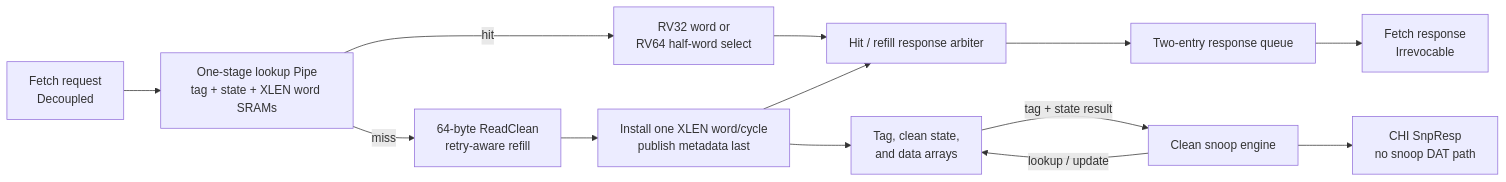
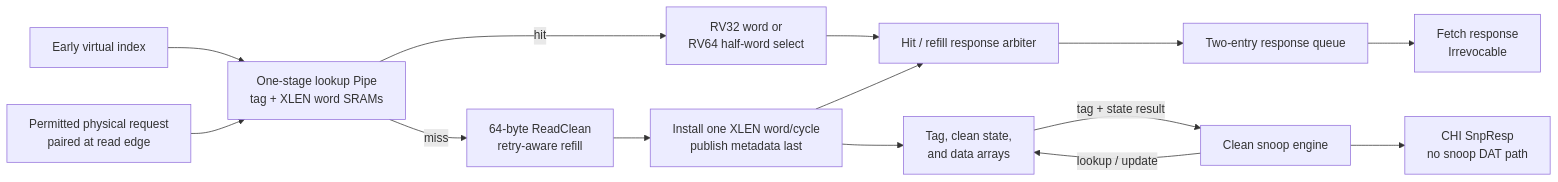
Before and after one commit to jerryz123/rhodium: the diagram in cores/rv5stage/icache/README.md, drawn with Mermaid. The commit also changed other lines of this file and 20 other files, not shown here.

````diff
--- a/cores/rv5stage/icache/README.md
+++ b/cores/rv5stage/icache/README.md
@@ -60,16 +71,17 @@
 ```mermaid
 flowchart LR
-  Fetch["Fetch request<br/>Decoupled"] --> Lookup["One-stage lookup Pipe<br/>tag + state + XLEN word SRAMs"]
+  Virtual["Early virtual index"] --> Lookup["One-stage lookup Pipe<br/>tag + XLEN word SRAMs"]
+  Fetch["Permitted physical request<br/>paired at read edge"] --> Lookup
   Lookup -->|hit| Select["RV32 word or<br/>RV64 half-word select"]
   Select --> Merge["Hit / refill response arbiter"]
   Lookup -->|miss| Refill["64-byte ReadClean<br/>retry-aware refill"]
   Refill --> Install["Install one XLEN word/cycle<br/>publish metadata last"]
   Install --> Arrays["Tag, clean state,<br/>and data arrays"]
   Install --> Merge
   Merge --> Queue["Two-entry response queue"]
   Queue --> FetchResponse["Fetch response<br/>Irrevocable"]
 
   Snoop["Clean snoop engine"] -->|"lookup / update"| Arrays
   Arrays -->|"tag + state result"| Snoop
   Snoop --> CHI["CHI SnpResp<br/>no snoop DAT path"]
 ```
````
